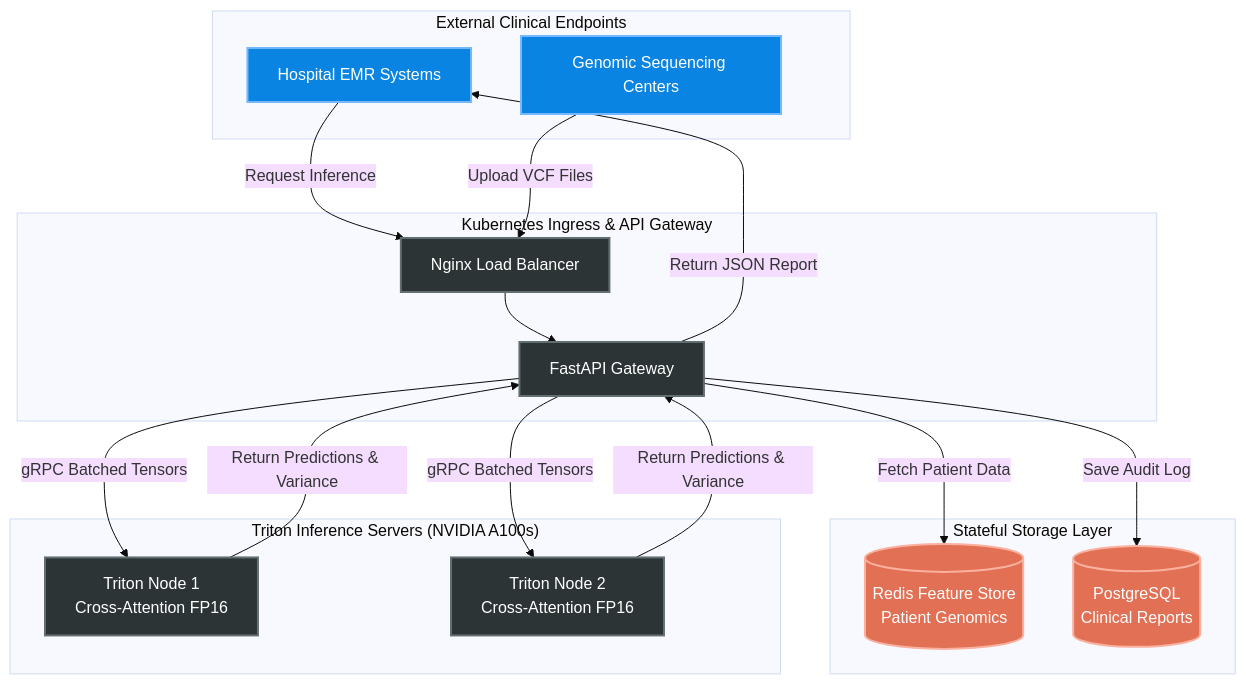
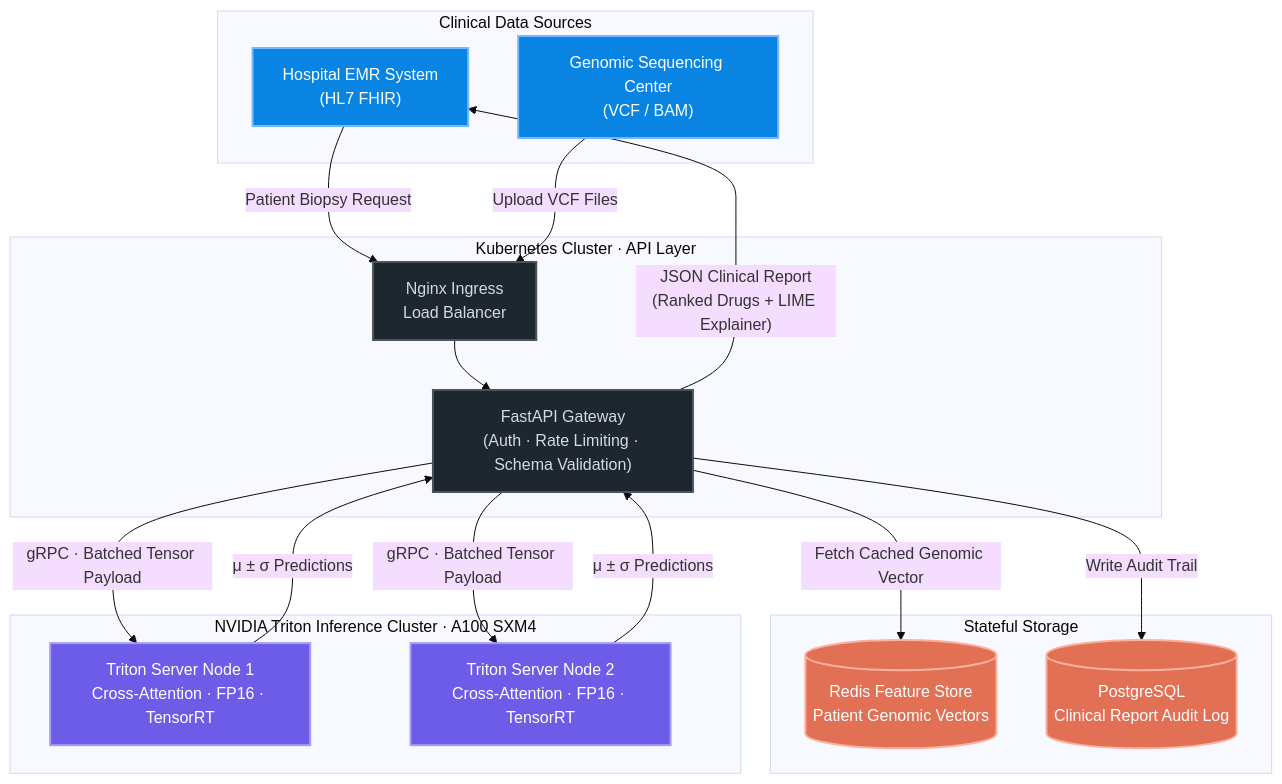
Before and after one commit to Panchadip-128/Cross-Attention-Fusion-based-Drug-Sensitivity-Detection: the seventh of 7 diagrams in README.md, drawn with Mermaid (base theme). The commit also changed other lines of this file, not shown here.

Commit message:
docs: complete DeepMind-grade README rewrite with narrative, formal math, and full figure captions

````diff
--- a/README.md
+++ b/README.md
@@ -247,40 +487,50 @@
 ```mermaid
 graph TD
-    classDef external fill:#0984e3,stroke:#74b9ff,stroke-width:2px,color:#fff;
-    classDef k8s fill:#2d3436,stroke:#636e72,stroke-width:2px,color:#fff;
+    classDef ext fill:#0984e3,stroke:#74b9ff,stroke-width:2px,color:#fff;
+    classDef k8s fill:#1e272e,stroke:#485460,stroke-width:2px,color:#d2dae2;
     classDef db fill:#e17055,stroke:#fab1a0,stroke-width:2px,color:#fff;
+    classDef infer fill:#6c5ce7,stroke:#a29bfe,stroke-width:2px,color:#fff;
 
-    subgraph "External Clinical Endpoints"
-        Hosp[Hospital EMR Systems]:::external
-        SeqCenter[Genomic Sequencing Centers]:::external
+    subgraph "Clinical Data Sources"
+        EMR["Hospital EMR System
+(HL7 FHIR)"]:::ext
+        NGS["Genomic Sequencing Center
+(VCF / BAM)"]:::ext
     end
 
-    subgraph "Kubernetes Ingress & API Gateway"
-        LoadBal[Nginx Load Balancer]:::k8s
-        API[FastAPI Gateway]:::k8s
-        LoadBal --> API
+    subgraph "Kubernetes Cluster · API Layer"
+        LB["Nginx Ingress
+Load Balancer"]:::k8s
+        GW["FastAPI Gateway
+(Auth · Rate Limiting · Schema Validation)"]:::k8s
+        LB --> GW
     end
 
-    subgraph "Stateful Storage Layer"
-        Redis[(Redis Feature Store<br>Patient Genomics)]:::db
-        Postgres[(PostgreSQL<br>Clinical Reports)]:::db
+    subgraph "Stateful Storage"
+        Redis[("Redis Feature Store
+Patient Genomic Vectors")]:::db
+        PG[("PostgreSQL
+Clinical Report Audit Log")]:::db
     end
 
-    subgraph "Triton Inference Servers (NVIDIA A100s)"
-        Triton1[Triton Node 1<br>Cross-Attention FP16]:::k8s
-        Triton2[Triton Node 2<br>Cross-Attention FP16]:::k8s
+    subgraph "NVIDIA Triton Inference Cluster · A100 SXM4"
+        T1["Triton Server Node 1
+Cross-Attention · FP16 · TensorRT"]:::infer
+        T2["Triton Server Node 2
+Cross-Attention · FP16 · TensorRT"]:::infer
     end
 
-    Hosp -->|Request Inference| LoadBal
-    SeqCenter -->|Upload VCF Files| LoadBal
+    EMR -->|"Patient Biopsy Request"| LB
+    NGS -->|"Upload VCF Files"| LB
 
-    API -->|Fetch Patient Data| Redis
-    API -->|gRPC Batched Tensors| Triton1
-    API -->|gRPC Batched Tensors| Triton2
-    
-    Triton1 -->|Return Predictions & Variance| API
-    Triton2 -->|Return Predictions & Variance| API
-    
-    API -->|Save Audit Log| Postgres
-    API -->|Return JSON Report| Hosp
+    GW -->|"Fetch Cached Genomic Vector"| Redis
+    GW -->|"gRPC · Batched Tensor Payload"| T1
+    GW -->|"gRPC · Batched Tensor Payload"| T2
+
+    T1 -->|"μ ± σ Predictions"| GW
+    T2 -->|"μ ± σ Predictions"| GW
+
+    GW -->|"Write Audit Trail"| PG
+    GW -->|"JSON Clinical Report
+(Ranked Drugs + LIME Explainer)"| EMR
 ```
````
